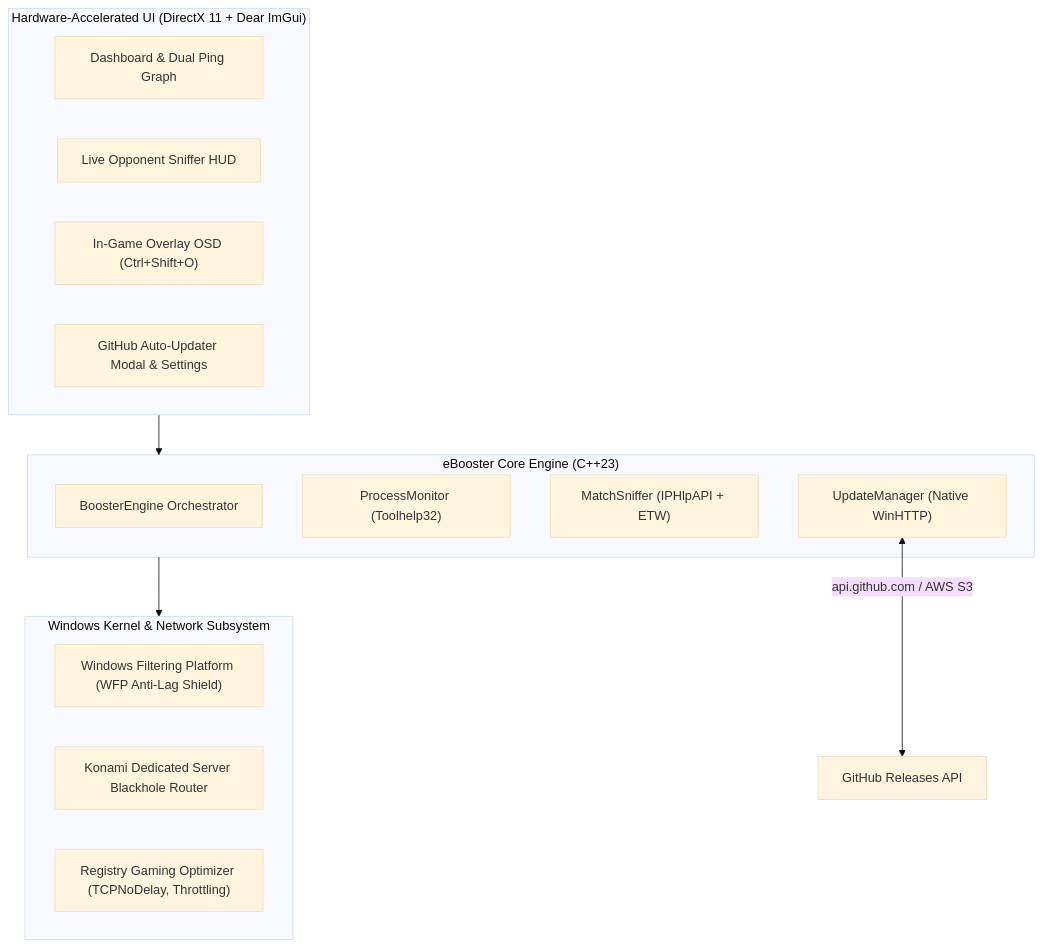
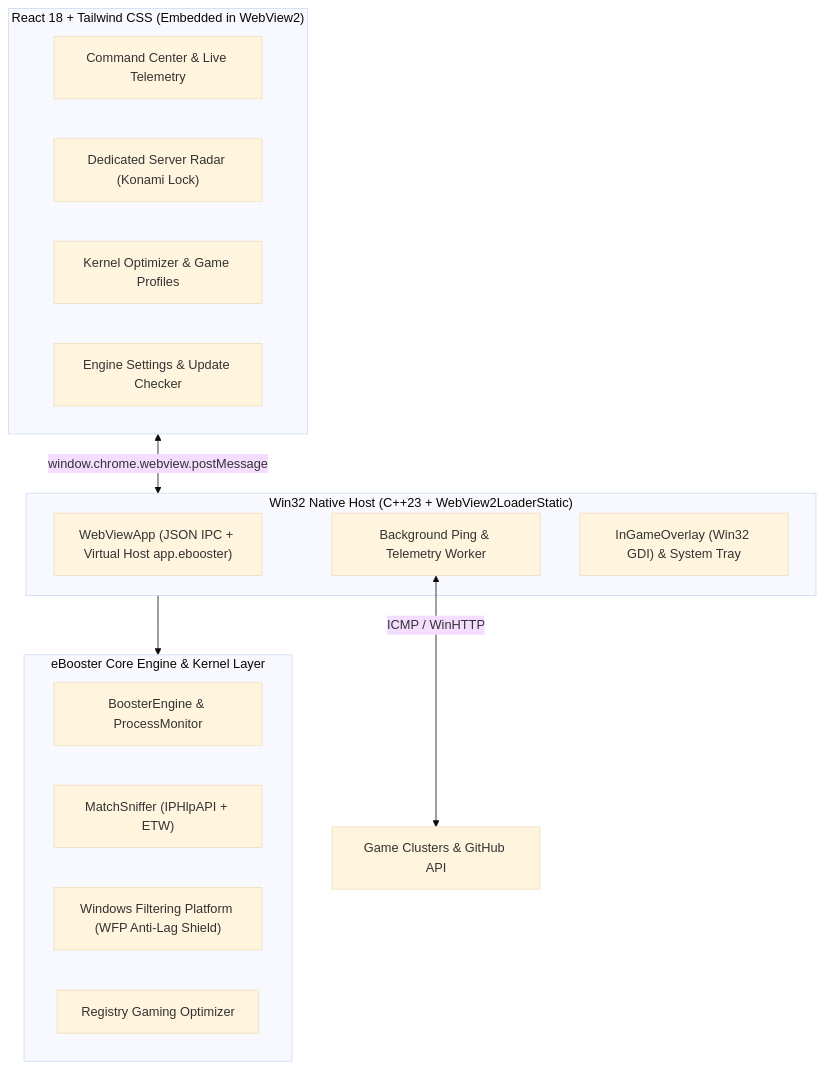
Before and after one commit to anasx07/eBooster: the diagram in README.md, drawn with Mermaid (base theme). The commit also changed other lines of this file, not shown here.

Commit message:
docs: update README.md for WebView2 + React 18 architecture and PR workflow (#2)

````diff
--- a/README.md
+++ b/README.md
@@ -115,26 +109,26 @@
 ```mermaid
 flowchart TD
-    subgraph UI ["Hardware-Accelerated UI (DirectX 11 + Dear ImGui)"]
-        A["Dashboard & Dual Ping Graph"]
-        B["Live Opponent Sniffer HUD"]
-        C["In-Game Overlay OSD (Ctrl+Shift+O)"]
-        D["GitHub Auto-Updater Modal & Settings"]
+    subgraph UI ["React 18 + Tailwind CSS (Embedded in WebView2)"]
+        A["Command Center & Live Telemetry"]
+        B["Dedicated Server Radar (Konami Lock)"]
+        C["Kernel Optimizer & Game Profiles"]
+        D["Engine Settings & Update Checker"]
     end
 
-    subgraph Core ["eBooster Core Engine (C++23)"]
-        E["BoosterEngine Orchestrator"]
-        F["ProcessMonitor (Toolhelp32)"]
-        G["MatchSniffer (IPHlpAPI + ETW)"]
-        H["UpdateManager (Native WinHTTP)"]
+    subgraph Host ["Win32 Native Host (C++23 + WebView2LoaderStatic)"]
+        E["WebViewApp (JSON IPC + Virtual Host app.ebooster)"]
+        F["Background Ping & Telemetry Worker"]
+        G["InGameOverlay (Win32 GDI) & System Tray"]
     end
 
-    subgraph Kernel ["Windows Kernel & Network Subsystem"]
-        I["Windows Filtering Platform (WFP Anti-Lag Shield)"]
-        J["Konami Dedicated Server Blackhole Router"]
-        K["Registry Gaming Optimizer (TCPNoDelay, Throttling)"]
+    subgraph Core ["eBooster Core Engine & Kernel Layer"]
+        H["BoosterEngine & ProcessMonitor"]
+        I["MatchSniffer (IPHlpAPI + ETW)"]
+        J["Windows Filtering Platform (WFP Anti-Lag Shield)"]
+        K["Registry Gaming Optimizer"]
     end
 
-    UI --> Core
-    Core --> Kernel
-    H <-->|"api.github.com / AWS S3"| GH["GitHub Releases API"]
+    UI <-->|"window.chrome.webview.postMessage"| Host
+    Host --> Core
+    F <-->|"ICMP / WinHTTP"| NET["Game Clusters & GitHub API"]
 ```
````
